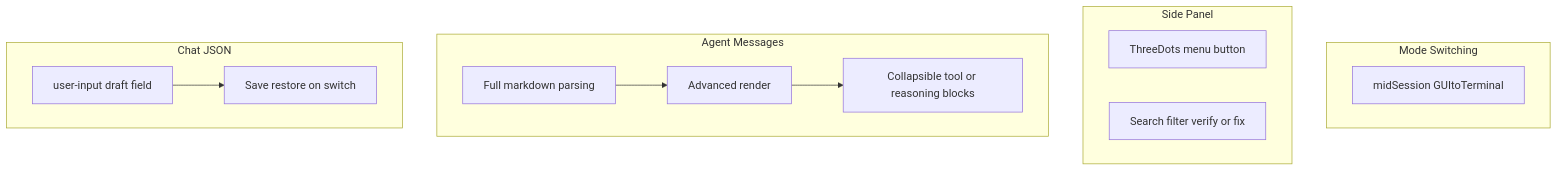
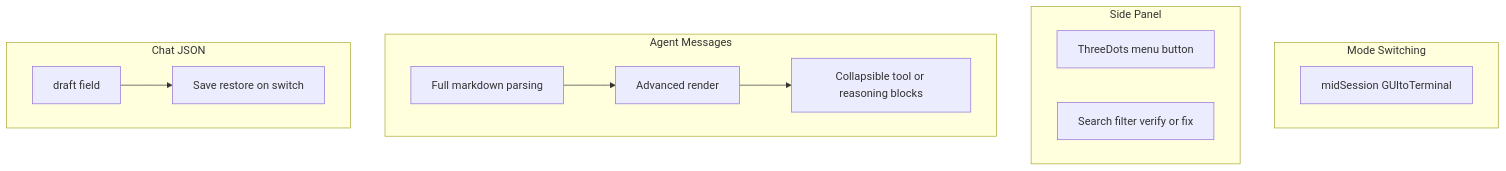
The diagram in .cursor/plans/gui_remaining_features_73744521.plan.md (TeamEZintern/BookWorm-Engineer), drawn with Mermaid before and after one commit. The commit also changed other lines of this file and 8 other files, not shown here.

Commit message:
feat: draft persistence in chat JSON schema, allowing unsent draft text to be saved and restored when switching chats. Update related controllers and tests to support the new draft field.

````diff
--- a/.cursor/plans/gui_remaining_features_73744521.plan.md
+++ b/.cursor/plans/gui_remaining_features_73744521.plan.md
@@ -108,22 +108,22 @@
 ```mermaid
 flowchart TB
   subgraph mode [Mode Switching]
     M1[midSession GUItoTerminal]
   end
   subgraph chats [Side Panel]
     T1[ThreeDots menu button]
     T2[Search filter verify or fix]
   end
   subgraph chat [Agent Messages]
     C1[Full markdown parsing]
     C2[Advanced render]
     C3[Collapsible tool or reasoning blocks]
   end
   subgraph data [Chat JSON]
-    D1[user-input draft field]
+    D1[draft field]
     D2[Save restore on switch]
   end
   C1 --> C2
   C2 --> C3
   D1 --> D2
 ```
````
